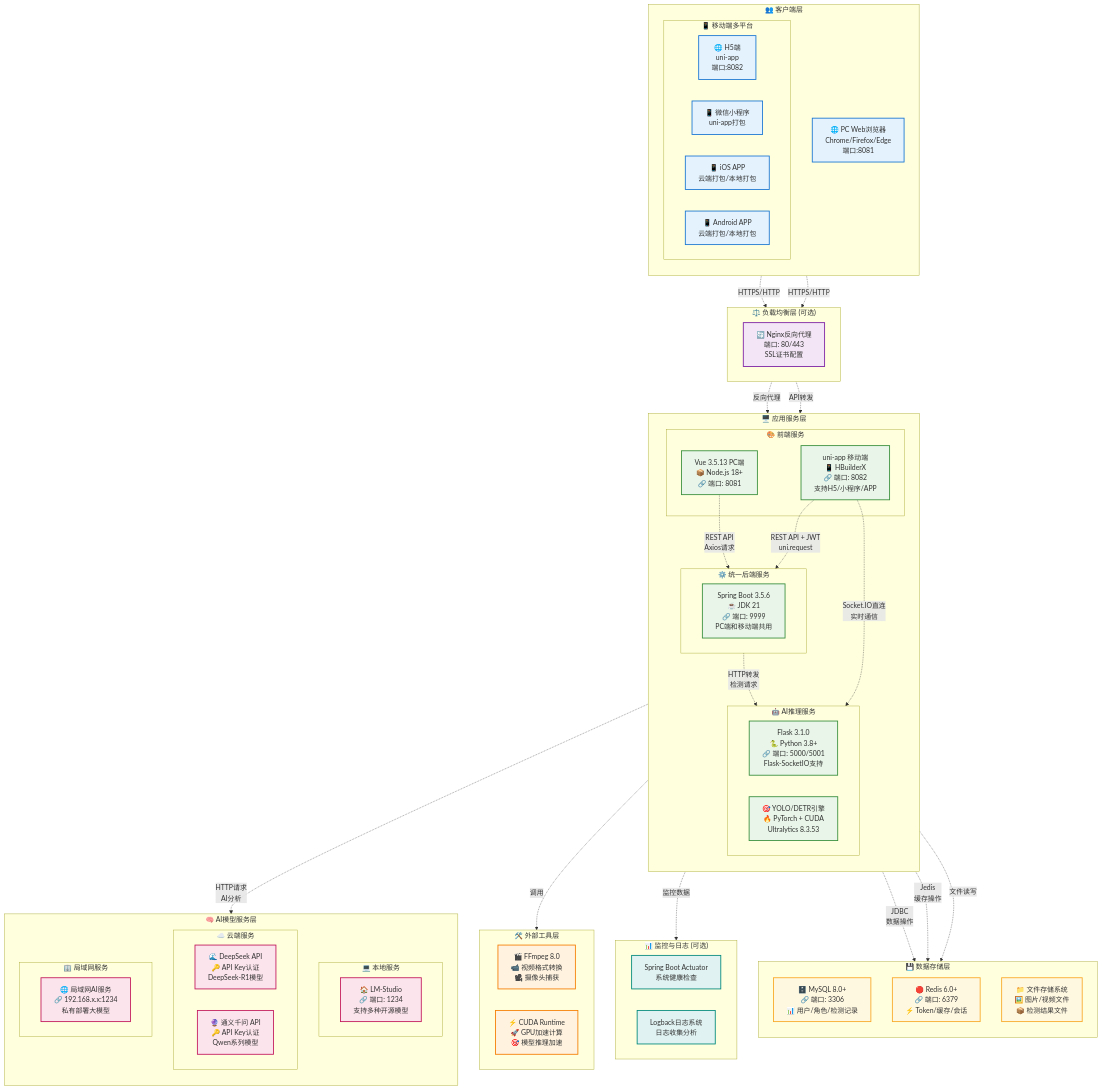
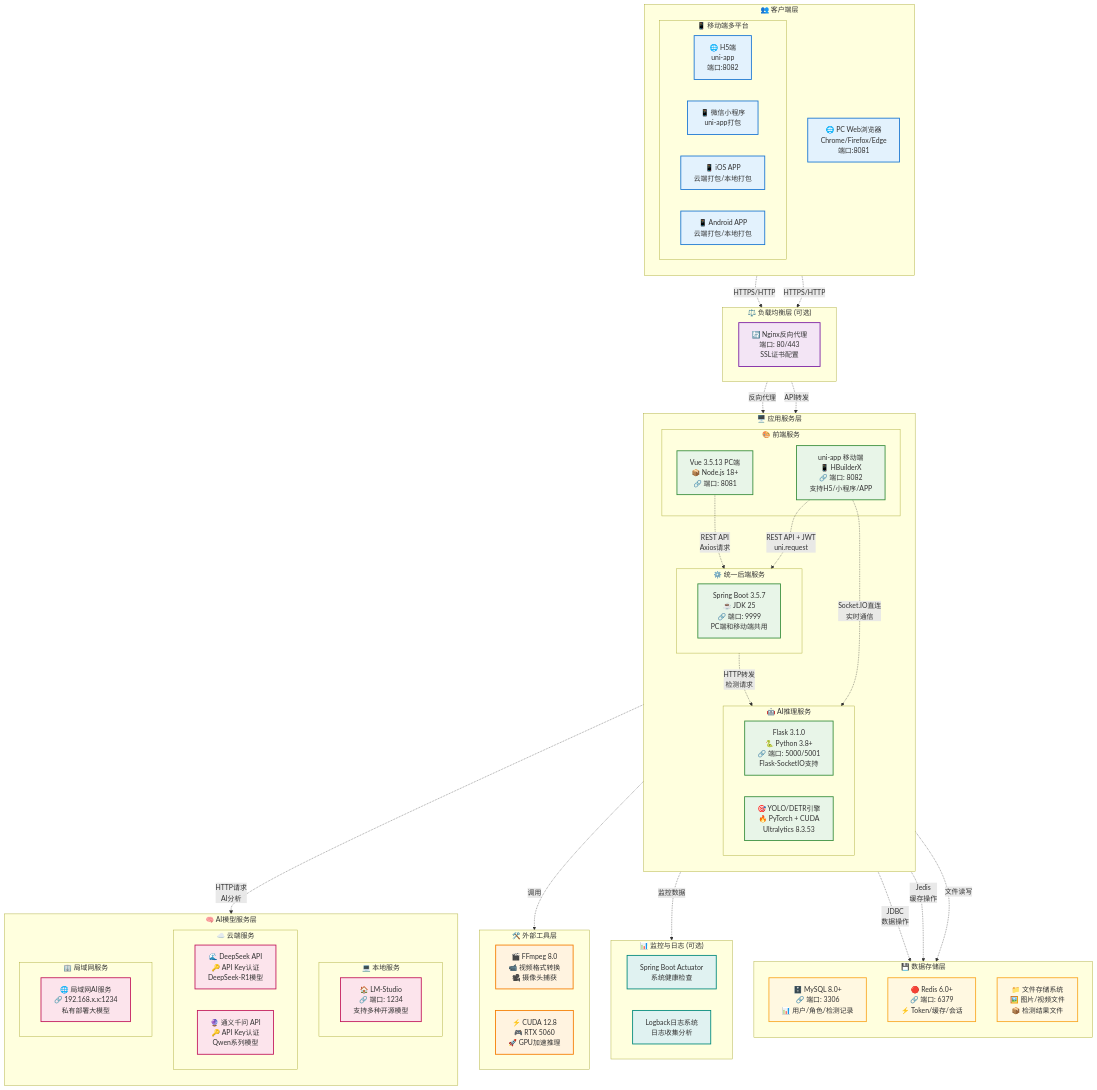
Before and after one commit to Dadalia1917/RuoYi-Classroom-AI: the ninth of 9 diagrams in README.md, drawn with Mermaid. The commit also changed other lines of this file and 1 other file, not shown here.

```diff
--- a/README.md
+++ b/README.md
@@ -1294,7 +1295,7 @@
         end
         
         subgraph Backend["⚙️ 统一后端服务"]
-            SpringBoot[Spring Boot 3.5.6<br/>☕ JDK 21<br/>🔗 端口: 9999<br/>PC端和移动端共用]
+            SpringBoot[Spring Boot 3.5.7<br/>☕ JDK 25<br/>🔗 端口: 9999<br/>PC端和移动端共用]
         end
         
         subgraph AIService["🤖 AI推理服务"]
@@ -1332,7 +1333,7 @@
     %% 外部工具层
     subgraph Tools["🛠️ 外部工具层"]
         FFmpeg[🎬 FFmpeg 8.0<br/>📹 视频格式转换<br/>🎥 摄像头捕获]
-        CUDA[⚡ CUDA Runtime<br/>🚀 GPU加速计算<br/>🎯 模型推理加速]
+        CUDA[⚡ CUDA 12.8<br/>🎮 RTX 5060<br/>🚀 GPU加速推理]
     end
     
     %% 监控与日志
```
